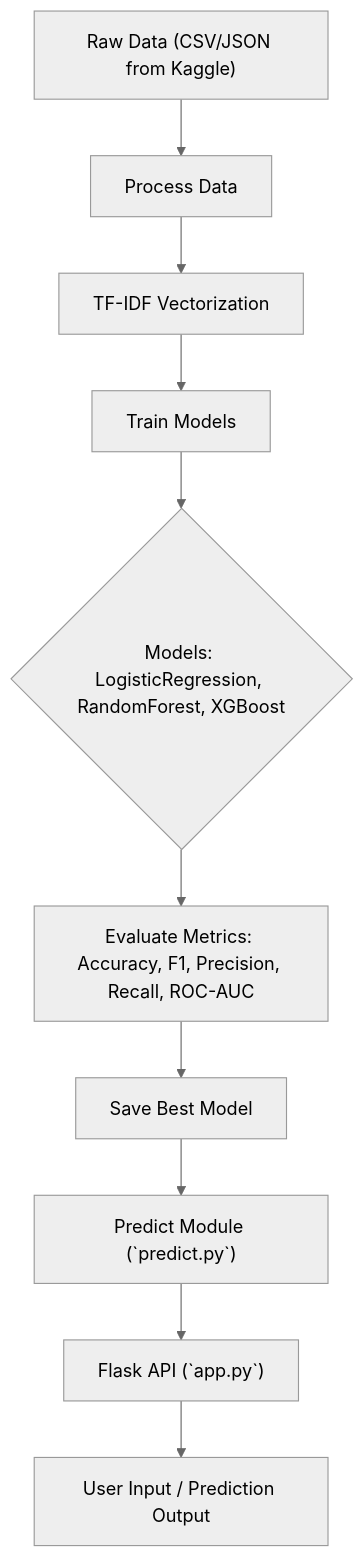
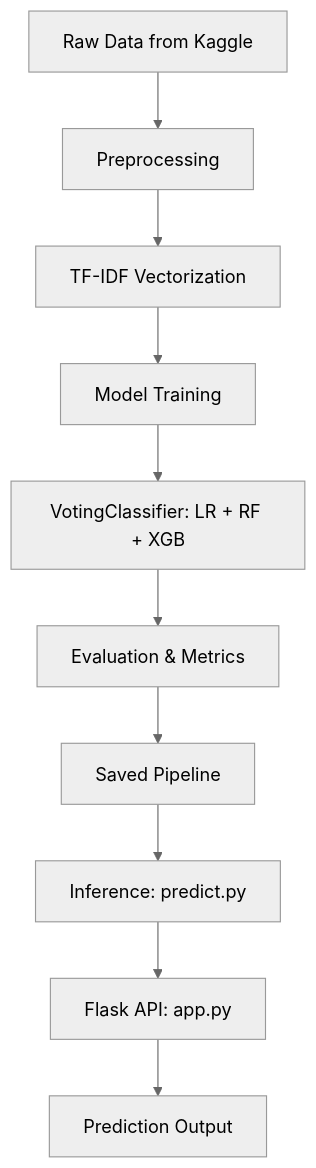
Before and after one commit to cont1n3nt/ai-phishing-detector: the diagram in README.md, drawn with Mermaid (neutral theme). The commit also changed other lines of this file and 13 other files, not shown here.

````diff
--- a/README.md
+++ b/README.md
@@ -58,12 +87,12 @@
 ```mermaid
 graph TD
-    A["Raw Data (CSV/JSON from Kaggle)"] --> B[Process Data]
-    B --> C["TF-IDF Vectorization"]
-    C --> D["Train Models"]
-    D --> E{"Models: LogisticRegression, RandomForest, XGBoost"}
-    E --> F["Evaluate Metrics: Accuracy, F1, Precision, Recall, ROC-AUC"]
-    F --> G["Save Best Model"]
-    G --> H["Predict Module (`predict.py`)"]
-    H --> I["Flask API (`app.py`)"]
-    I --> J["User Input / Prediction Output"]
+    A[Raw Data from Kaggle] --> B[Preprocessing]
+    B --> C[TF-IDF Vectorization]
+    C --> D[Model Training]
+    D --> E[VotingClassifier: LR + RF + XGB]
+    E --> F[Evaluation & Metrics]
+    F --> G[Saved Pipeline]
+    G --> H[Inference: predict.py]
+    H --> I[Flask API: app.py]
+    I --> J[Prediction Output]
 ```
````
